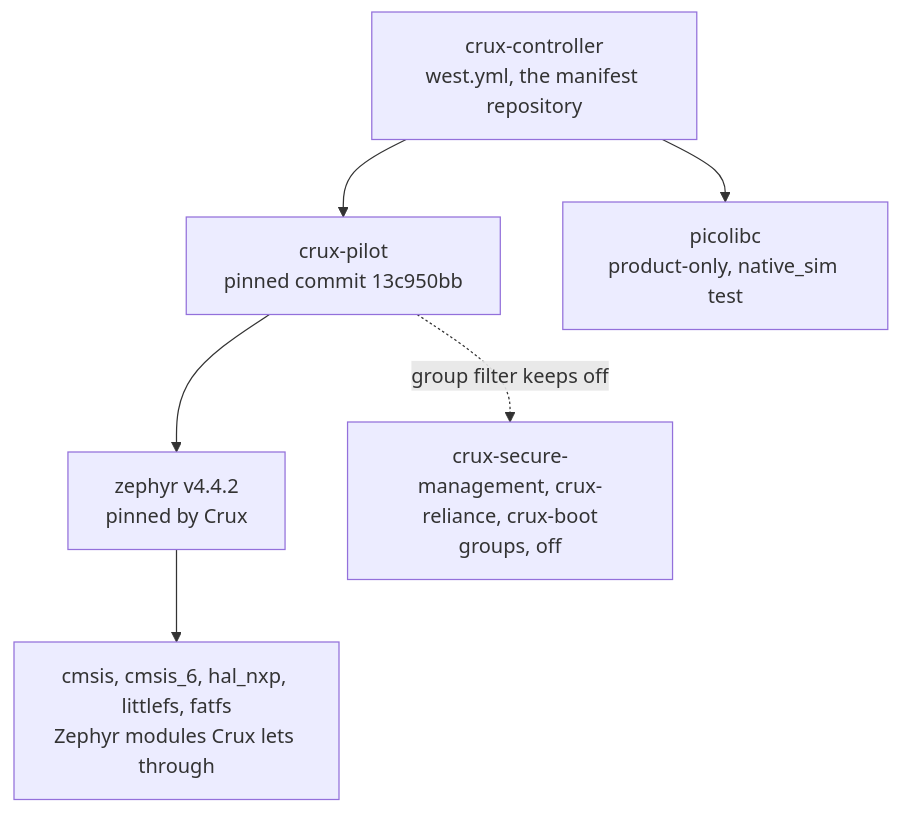
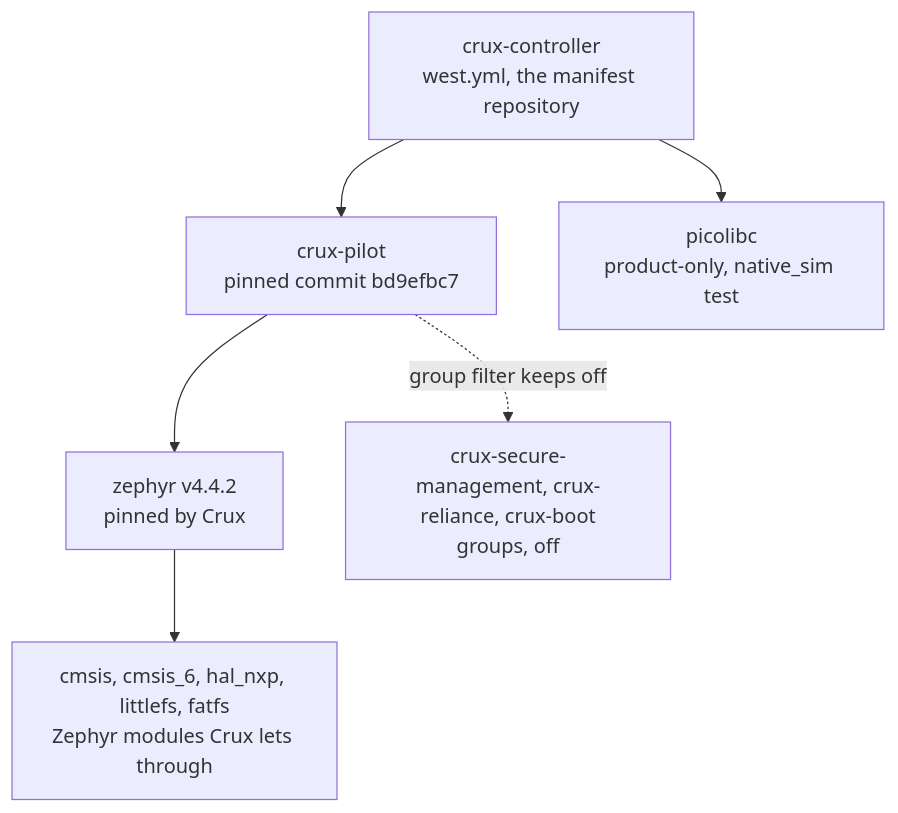
Before and after one commit to wonny-labs/crux-controller: the diagram in docs/dependencies.md, drawn with Mermaid. The commit also changed other lines of this file and 16 other files, not shown here.

First line of the commit message:
build(west): pin crux-pilot to bd9efbc7

````diff
--- a/docs/dependencies.md
+++ b/docs/dependencies.md
@@ -16,14 +16,14 @@
 ```mermaid
 flowchart TD
     CC["crux-controller<br/>west.yml, the manifest repository"]
-    CP["crux-pilot<br/>pinned commit 13c950bb"]
+    CP["crux-pilot<br/>pinned commit bd9efbc7"]
     ZP["zephyr v4.4.2<br/>pinned by Crux"]
     MOD["cmsis, cmsis_6, hal_nxp, littlefs, fatfs<br/>Zephyr modules Crux lets through"]
     PL["picolibc<br/>product-only, native_sim test"]
     OFF["crux-secure-management, crux-reliance, crux-boot<br/>groups, off"]
     CC --> CP
     CC --> PL
     CP --> ZP
     ZP --> MOD
     CP -. "group filter keeps off" .-> OFF
 ```
````
